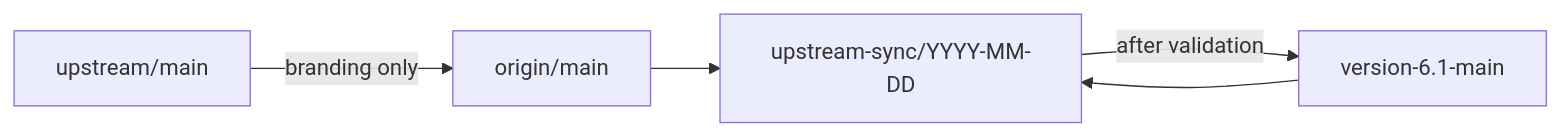
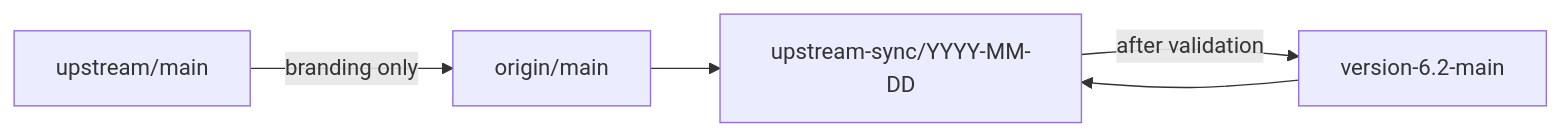
One commit to arena-position2/p2-sim changed the diagram in docs/upstream/sync-strategy.md. Above: the diagram before and after it, drawn with Mermaid. The commit also changed other lines of this file and 7 other files, not shown here.

First line of the commit message:
Point the upstream sync procedure at version-6.2-main.

````diff
--- a/docs/upstream/sync-strategy.md
+++ b/docs/upstream/sync-strategy.md
@@ -20,11 +21,11 @@
 ```mermaid
 flowchart LR
   upstreamMain["upstream/main"]
   forkMain["origin/main"]
-  product["version-6.1-main"]
+  product["version-6.2-main"]
   syncBranch["upstream-sync/YYYY-MM-DD"]
   upstreamMain -->|"branding only"| forkMain
   forkMain --> syncBranch
   product --> syncBranch
   syncBranch -->|"after validation"| product
 ```
````
